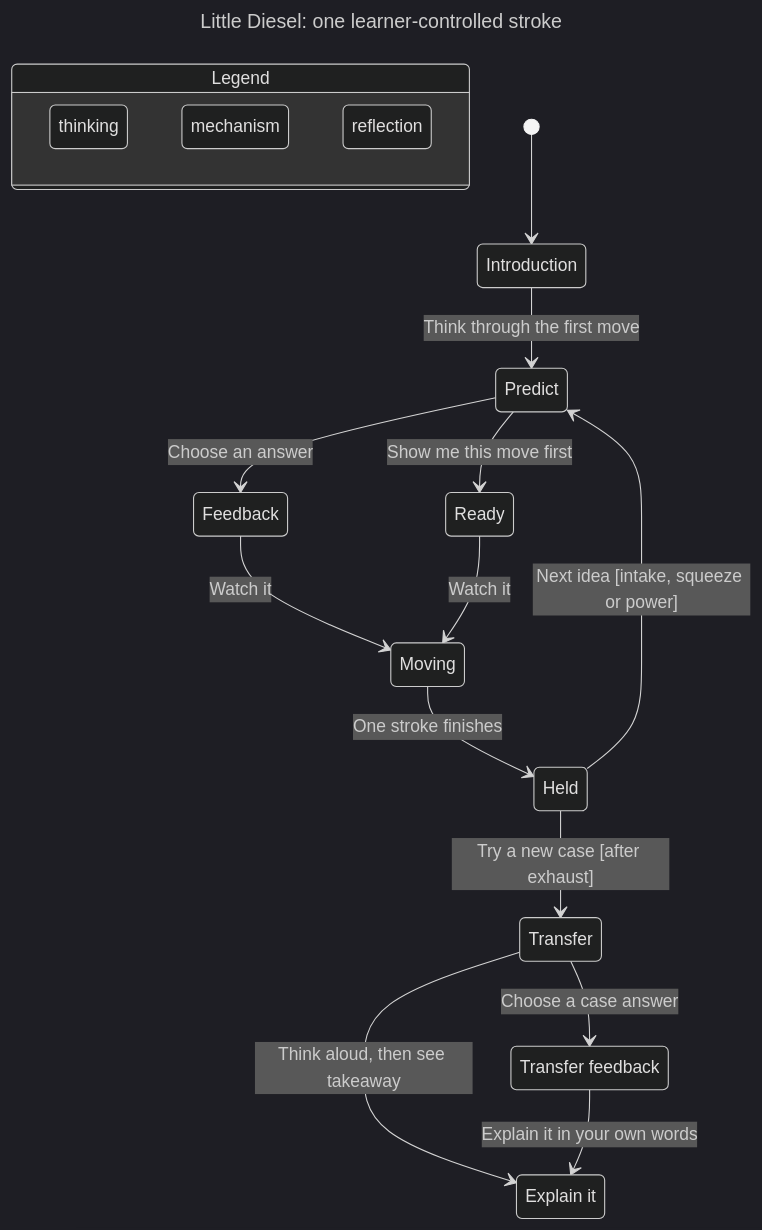
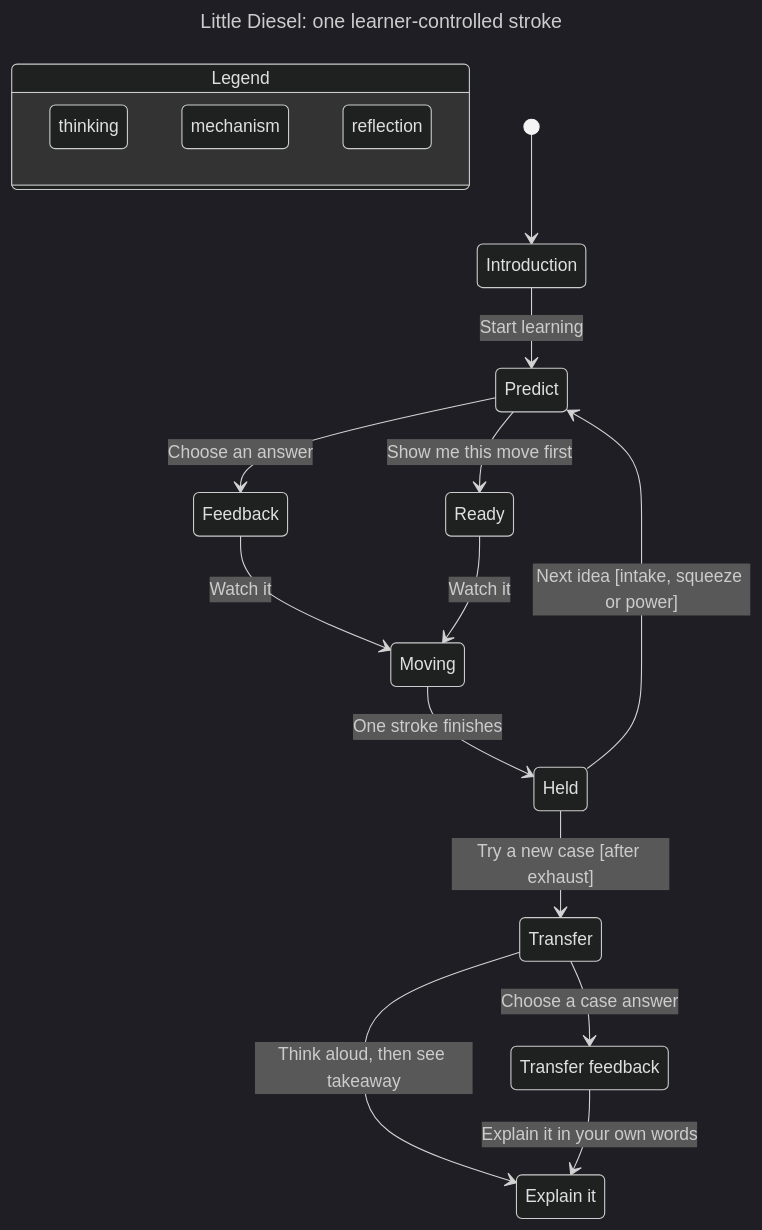
One commit to rajeshceg3/LittleDiesel changed the diagram in docs/statecharts/generated/learning.mmd. Above: the diagram before and after it, drawn with Mermaid (dark theme). The commit also changed 23 other files, not shown here.

```diff
--- a/docs/statecharts/generated/learning.mmd
+++ b/docs/statecharts/generated/learning.mmd
@@ -1,42 +1,42 @@
 ---
 title: "Little Diesel: one learner-controlled stroke"
 ---
 stateDiagram-v2
   state "Legend" as legend {
     lg0: thinking
     lg1: mechanism
     lg2: reflection
   }
   class lg0 teal
   class lg1 orange
   class lg2 blue
   s0: Introduction
   s1: Predict
   s2: Feedback
   s3: Ready
   s4: Moving
   s5: Held
   s6: Transfer
   s7: Explain it
   s8: Transfer feedback
   [*] --> s0
-  s0 --> s1: Think through the first move
+  s0 --> s1: Start learning
   s1 --> s2: Choose an answer
   s1 --> s3: Show me this move first
   s2 --> s4: Watch it
   s3 --> s4: Watch it
   s4 --> s5: One stroke finishes
   s5 --> s1: Next idea [intake, squeeze or power]
   s5 --> s6: Try a new case [after exhaust]
   s6 --> s7: Think aloud, then see takeaway
   s6 --> s8: Choose a case answer
   s8 --> s7: Explain it in your own words
   class s0 blue
   class s1 teal
   class s2 teal
   class s3 teal
   class s4 orange
   class s5 orange
   class s6 blue
   class s7 blue
   class s8 blue
```
